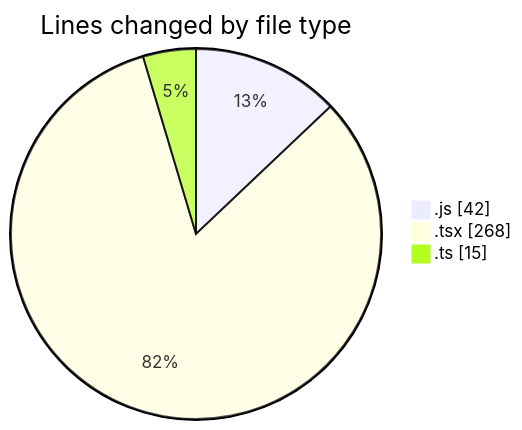
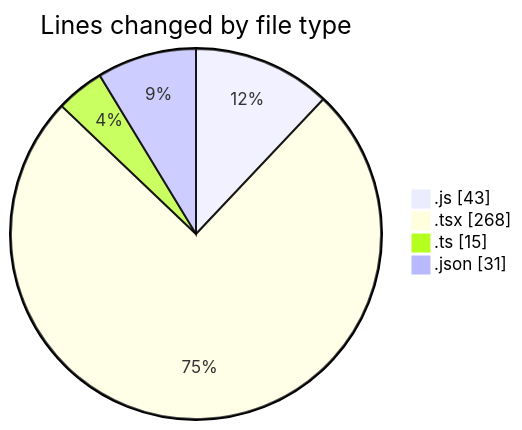
The first of 2 diagrams in 2025-05-22/___base/README.md (Ritupan-Deka/code-tracking), drawn with Mermaid before and after one commit. The commit also changed other lines of this file and 1 other file, not shown here.

````diff
--- a/2025-05-22/___base/README.md
+++ b/2025-05-22/___base/README.md
@@ -24,7 +25,8 @@
 ```mermaid
 pie showData
 title Lines changed by file type
-".js" : 42
+".js" : 43
 ".tsx" : 268
 ".ts" : 15
+".json" : 31
 ```
````
